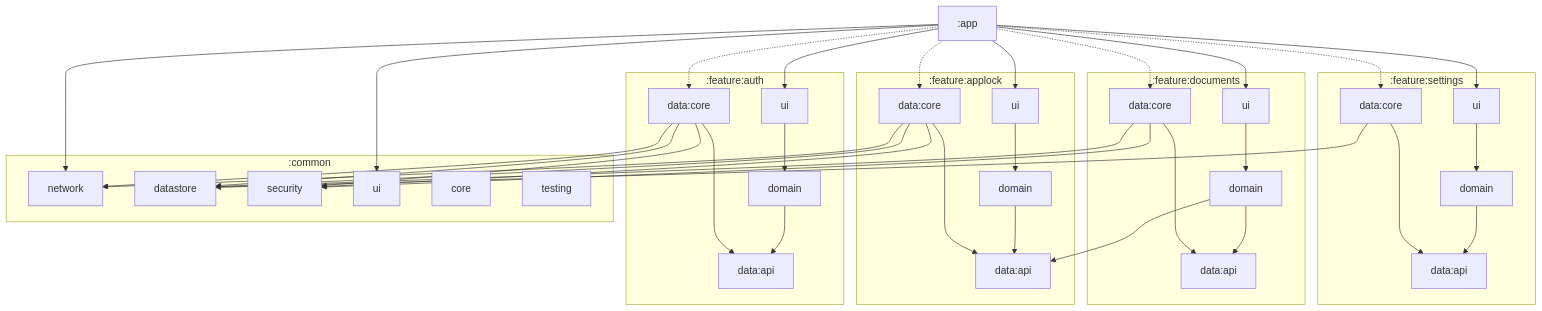
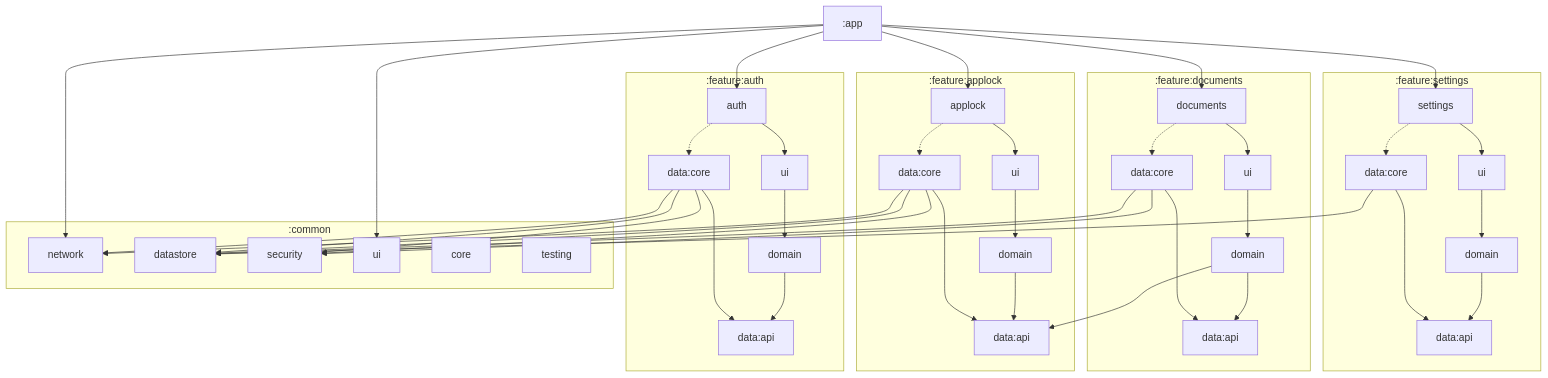
The diagram in README.md (kristiankosharov/Vigil), drawn with Mermaid before and after one commit. The commit also changed other lines of this file and 16 other files, not shown here.

First line of the commit message:
:app depends on features only through :feature:x modules

````diff
--- a/README.md
+++ b/README.md
@@ -211,42 +212,49 @@
 ```mermaid
 flowchart TD
     app[":app"]
 
-    subgraph auth [":feature:auth"]
+    subgraph authGroup [":feature:auth"]
+        auth["auth"] --> authUi
+        auth -.-> authCore
         authUi["ui"] --> authDomain["domain"] --> authApi["data:api"]
         authCore["data:core"] --> authApi
     end
 
-    subgraph applock [":feature:applock"]
+    subgraph applockGroup [":feature:applock"]
+        applock["applock"] --> applockUi
+        applock -.-> applockCore
         applockUi["ui"] --> applockDomain["domain"] --> applockApi["data:api"]
         applockCore["data:core"] --> applockApi
     end
 
-    subgraph documents [":feature:documents"]
+    subgraph documentsGroup [":feature:documents"]
+        documents["documents"] --> documentsUi
+        documents -.-> documentsCore
         documentsUi["ui"] --> documentsDomain["domain"] --> documentsApi["data:api"]
         documentsCore["data:core"] --> documentsApi
     end
 
-    subgraph settings [":feature:settings"]
+    subgraph settingsGroup [":feature:settings"]
+        settings["settings"] --> settingsUi
+        settings -.-> settingsCore
         settingsUi["ui"] --> settingsDomain["domain"] --> settingsApi["data:api"]
         settingsCore["data:core"] --> settingsApi
     end
 
     subgraph common [":common"]
         network["network"]
         datastore["datastore"]
         security["security"]
         commonUi["ui"]
         core["core"]
         testing["testing"]
     end
 
-    app --> authUi & applockUi & documentsUi & settingsUi
-    app -.-> authCore & applockCore & documentsCore & settingsCore
+    app --> auth & applock & documents & settings
     app --> commonUi & network
     authCore --> network & datastore & security
     applockCore --> network & datastore & security
     documentsCore --> datastore & security
     documentsDomain --> applockApi
     settingsCore --> datastore
 ```
````
